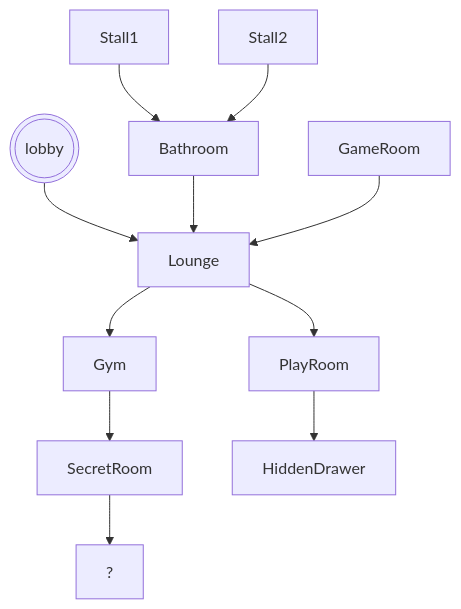
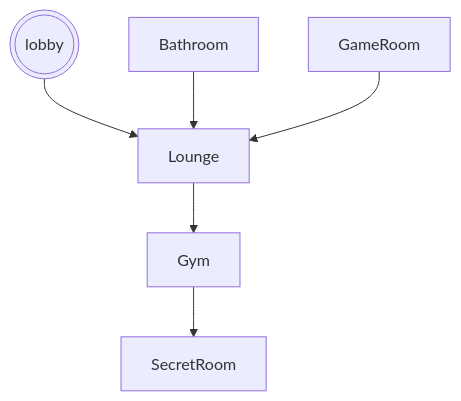
The diagram in projects/game/README.md (5678156/5678156.github.io), drawn with Mermaid before and after one commit.

````diff
--- a/projects/game/README.md
+++ b/projects/game/README.md
@@ -11,13 +11,8 @@
 ```mermaid
 graph TD;
     lobby(((lobby)))-->Lounge;
     Bathroom-->Lounge;
-    Stall1-->Bathroom;
-    Stall2-->Bathroom;
     Lounge-->Gym;
     GameRoom-->Lounge;
     Gym-->SecretRoom;
-    SecretRoom-->?;
-    Lounge-->PlayRoom;
-    PlayRoom-->HiddenDrawer;
 ```
````
